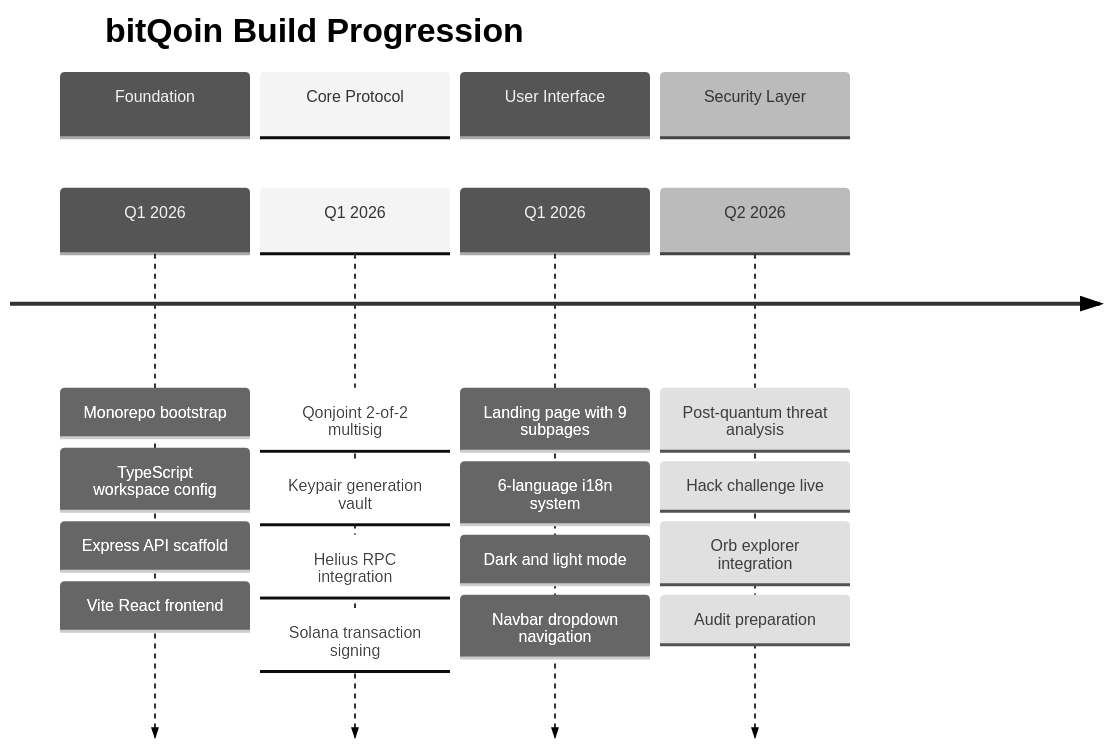
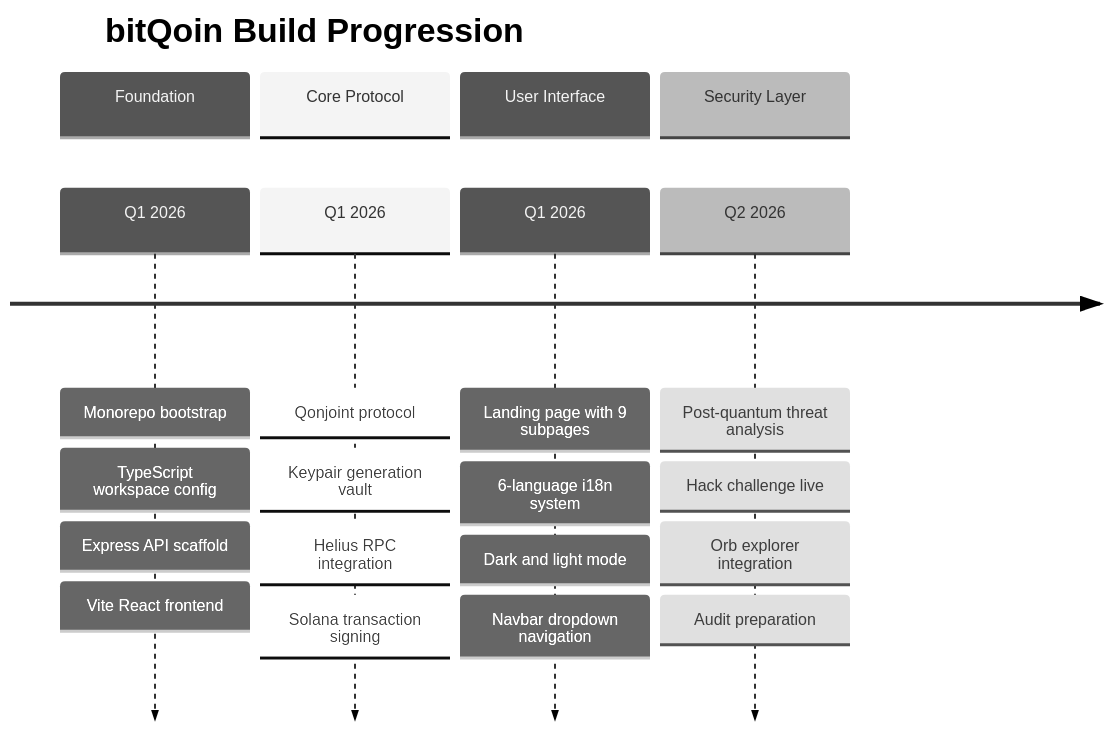
The fourth of 5 diagrams in profile/README.md (bitqoinorg/.github), drawn with Mermaid (neutral theme) before and after one commit. The commit also changed other lines of this file, not shown here.

````diff
--- a/profile/README.md
+++ b/profile/README.md
@@ -144,24 +144,24 @@
 ```mermaid
 timeline
     title bitQoin Build Progression
     section Foundation
         Q1 2026 : Monorepo bootstrap
                : TypeScript workspace config
                : Express API scaffold
                : Vite React frontend
     section Core Protocol
-        Q1 2026 : Qonjoint 2-of-2 multisig
+        Q1 2026 : Qonjoint protocol
                : Keypair generation vault
                : Helius RPC integration
                : Solana transaction signing
     section User Interface
         Q1 2026 : Landing page with 9 subpages
                : 6-language i18n system
                : Dark and light mode
                : Navbar dropdown navigation
     section Security Layer
         Q2 2026 : Post-quantum threat analysis
                : Hack challenge live
                : Orb explorer integration
                : Audit preparation
 ```
````
